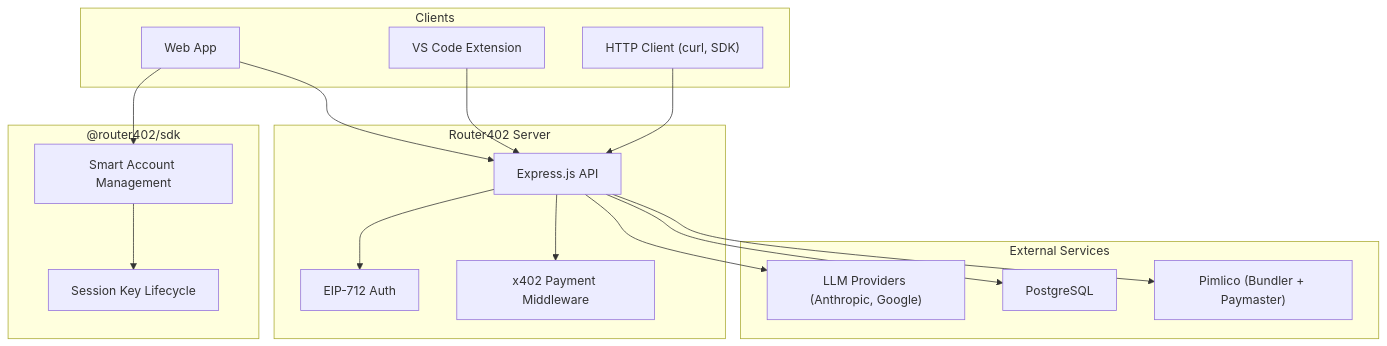
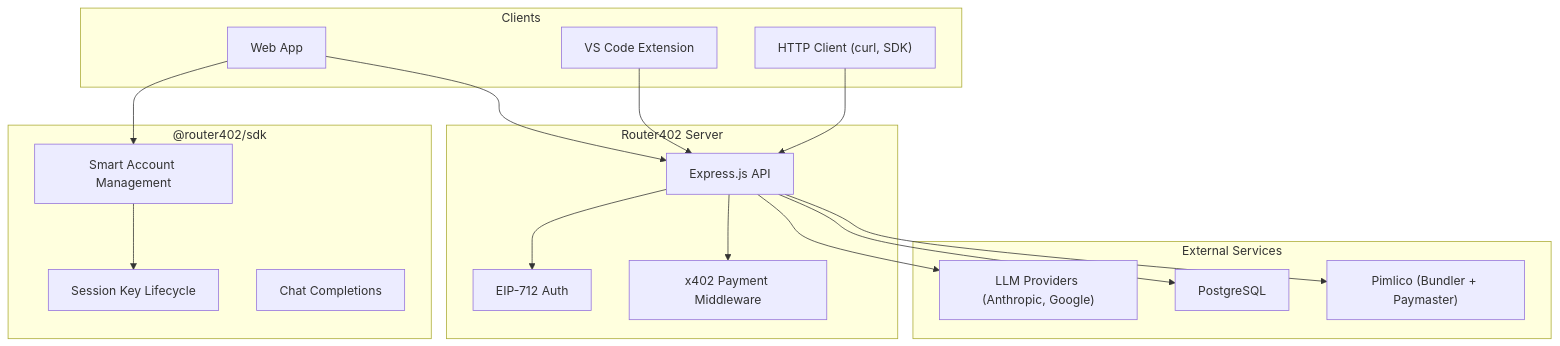
One commit to itublockchain/hackmoney-router402 changed the diagram in docs/README.md. Above: the diagram before and after it, drawn with Mermaid. The commit also changed 23 other files, not shown here.

````diff
--- a/docs/README.md
+++ b/docs/README.md
@@ -19,36 +19,37 @@
 ```mermaid
 graph TB
     subgraph Clients
         WebApp["Web App"]
         Extension["VS Code Extension"]
         HTTPClient["HTTP Client (curl, SDK)"]
     end
 
     subgraph Router402["Router402 Server"]
         API["Express.js API"]
         Auth["EIP-712 Auth"]
         x402["x402 Payment Middleware"]
     end
 
     subgraph External["External Services"]
         LLM["LLM Providers (Anthropic, Google)"]
         DB["PostgreSQL"]
         Pimlico["Pimlico (Bundler + Paymaster)"]
     end
 
     subgraph SDK["@router402/sdk"]
         SmartAccount["Smart Account Management"]
         SessionKeys["Session Key Lifecycle"]
+        Chat["Chat Completions"]
     end
 
     WebApp --> API
     Extension --> API
     HTTPClient --> API
     API --> Auth
     API --> x402
     API --> LLM
     API --> DB
     API --> Pimlico
     WebApp --> SmartAccount
     SmartAccount --> SessionKeys
 ```
````
